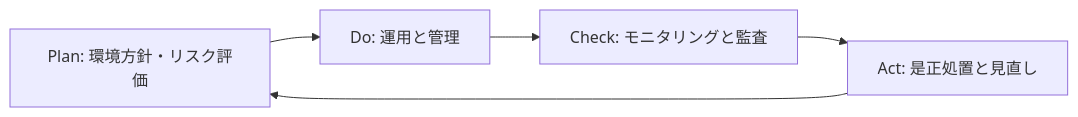
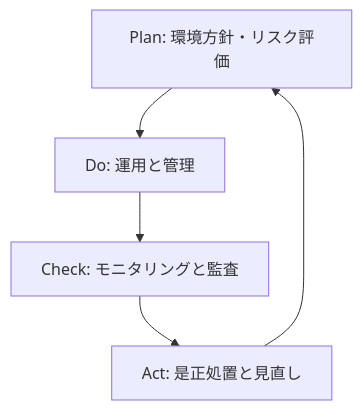
Before and after one commit to Samizo-AITL/EduLms: the diagram in iso14001/ems_overview.md, drawn with Mermaid.

````diff
--- a/iso14001/ems_overview.md
+++ b/iso14001/ems_overview.md
@@ -28,7 +28,7 @@
 ```mermaid
-flowchart LR
+flowchart TD
   P[Plan: 環境方針・リスク評価] --> D[Do: 運用と管理]
   D --> C[Check: モニタリングと監査]
   C --> A[Act: 是正処置と見直し]
   A --> P
 ```
````
